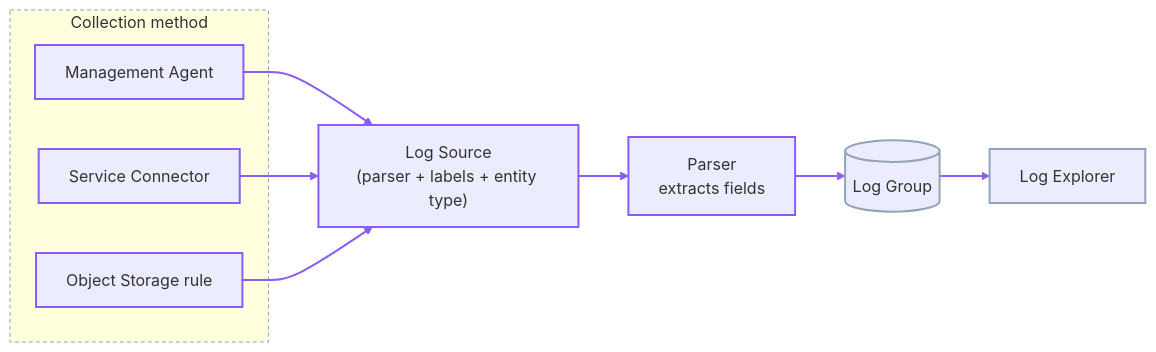
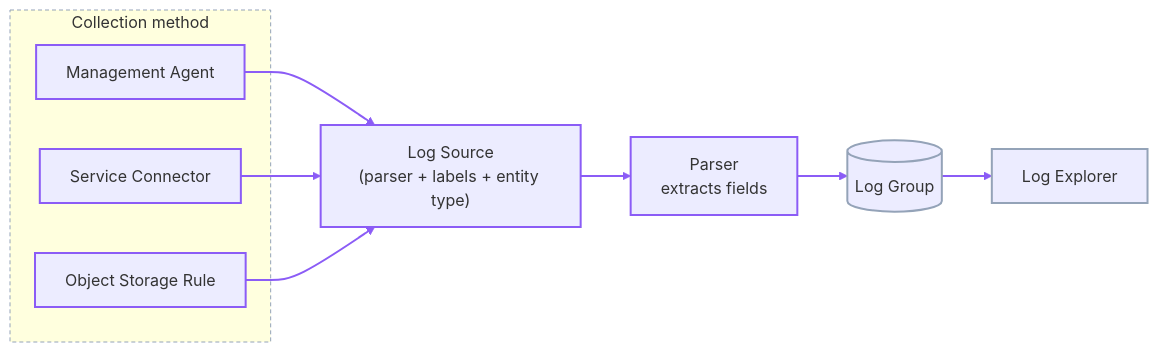
Before and after one commit to leonlnj/engineering-gym: the first of 3 diagrams in 04-oracle/observability-professional/05-log-analytics.md, drawn with Mermaid. The commit also changed other lines of this file and 10 other files, not shown here.

````diff
--- a/04-oracle/observability-professional/05-log-analytics.md
+++ b/04-oracle/observability-professional/05-log-analytics.md
@@ -45,30 +45,30 @@
 ```mermaid
 flowchart LR
     subgraph COLLECT["Collection method"]
         MA["Management Agent"]
         SC["Service Connector"]
-        OS["Object Storage rule"]
+        OS["Object Storage Rule"]
     end
 
     LS["Log Source<br/>(parser + labels + entity type)"]
     PA["Parser<br/>extracts fields"]
     LG[("Log Group")]
     LE["Log Explorer"]
 
     MA --> LS
     SC --> LS
     OS --> LS
     LS --> PA --> LG --> LE
 
     linkStyle 0,1,2 stroke:#8b5cf6,stroke-width:2px
     linkStyle 3,4,5 stroke:#8b5cf6,stroke-width:2px
 
     style COLLECT stroke:#94a3b8,stroke-dasharray:4 3
     style MA stroke:#8b5cf6,stroke-width:2px
     style SC stroke:#8b5cf6,stroke-width:2px
     style OS stroke:#8b5cf6,stroke-width:2px
     style LS stroke:#8b5cf6,stroke-width:2px
     style PA stroke:#8b5cf6,stroke-width:2px
     style LG stroke:#94a3b8,stroke-width:2px
     style LE stroke:#94a3b8,stroke-width:2px
 ```
````
